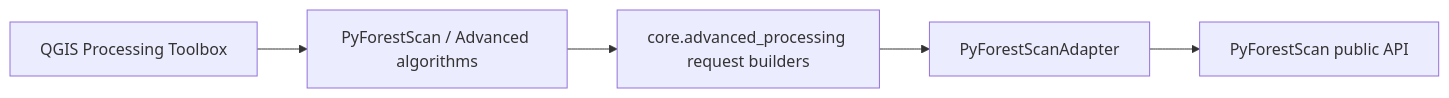
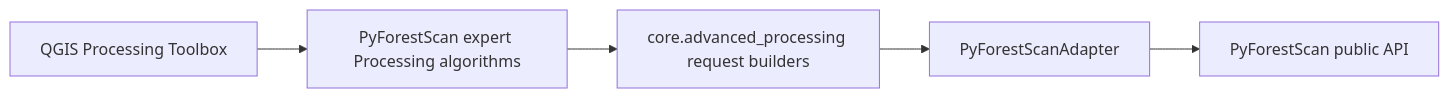
Before and after one commit to sticholas/pyforestscan-qgis: the eighth of 8 diagrams in docs/ARCHITECTURE.md, drawn with Mermaid. The commit also changed 24 other files, not shown here.

Commit message:
Phase 20E: Rescrape PyForestScan docs and reorganize toolbox

````diff
--- a/docs/ARCHITECTURE.md
+++ b/docs/ARCHITECTURE.md
@@ -204,7 +204,7 @@
 ```mermaid
 flowchart LR
-    A["QGIS Processing Toolbox"] --> B["PyForestScan / Advanced algorithms"]
+    A["QGIS Processing Toolbox"] --> B["PyForestScan expert Processing algorithms"]
     B --> C["core.advanced_processing request builders"]
     C --> D["PyForestScanAdapter"]
     D --> E["PyForestScan public API"]
 ```
````
